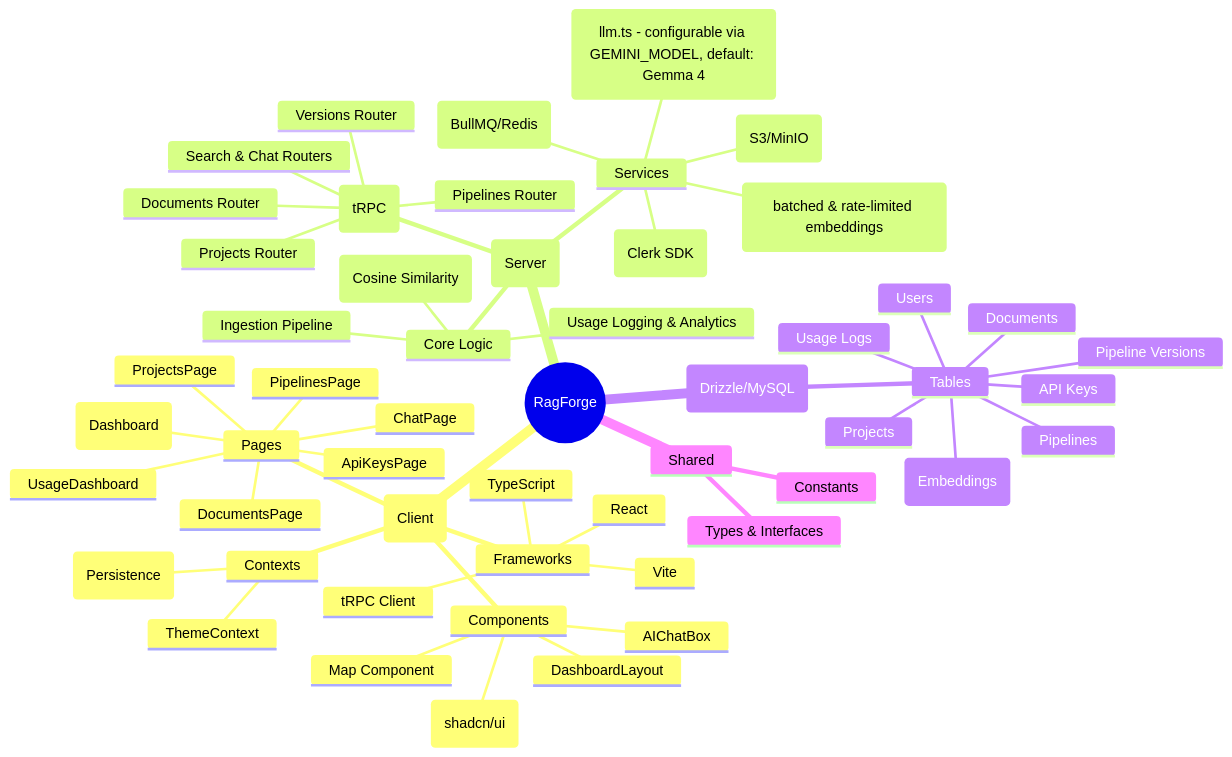
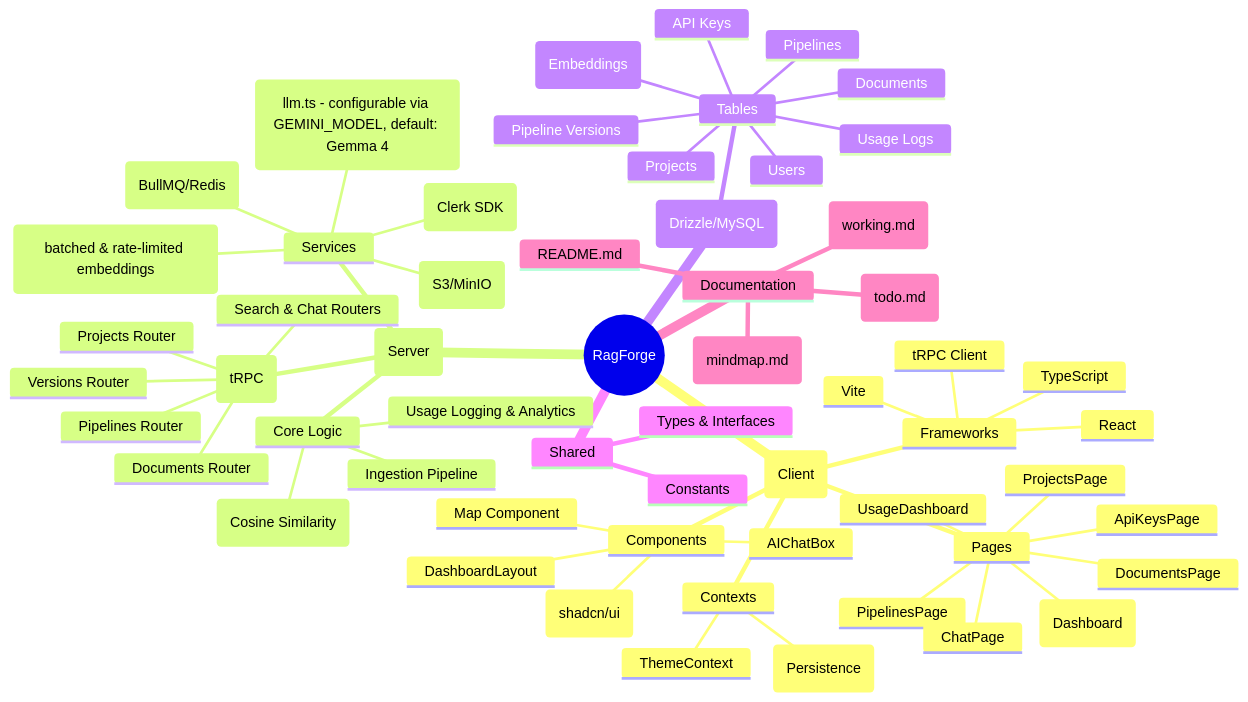
Before and after one commit to devshayan101/RAGForge: the diagram in mindmap.md, drawn with Mermaid. The commit also changed 2 other files, not shown here.

````diff
--- a/mindmap.md
+++ b/mindmap.md
@@ -3,56 +3,61 @@
 ```mermaid
 mindmap
   root((RagForge))
     Frontend (Client)
       Frameworks
         Vite
         React
         TypeScript
         tRPC Client
       Pages
         Home (Dashboard)
         ProjectsPage
         PipelinesPage
         DocumentsPage
         ChatPage
         ApiKeysPage
         UsageDashboard
       Components
         AIChatBox
         DashboardLayout
         Map Component
         UI Components (shadcn/ui)
       Contexts
         ThemeContext
         ChatContext (Persistence)
     Backend (Server)
       API (tRPC)
         Projects Router
         Pipelines Router
         Versions Router
         Documents Router
         Search & Chat Routers
       Services
         LLM Integration (llm.ts - configurable via GEMINI_MODEL, default: Gemma 4)
         Document Processing (batched & rate-limited embeddings)
         Queue Management (BullMQ/Redis)
         Storage Service (S3/MinIO)
         Authentication (Clerk SDK)
       Core Logic
         Vector Search (Cosine Similarity)
         Ingestion Pipeline
         Usage Logging & Analytics
     Database (Drizzle/MySQL)
       Tables
         Users
         Projects
         Pipelines
         Pipeline Versions
         Documents
         Chunks (Embeddings)
         API Keys
         Usage Logs
     Shared
       Types & Interfaces
       Constants
+    Documentation
+      README.md
+      Mind-map (mindmap.md)
+      Working Guide (working.md)
+      TODO (todo.md)
 ```
````
